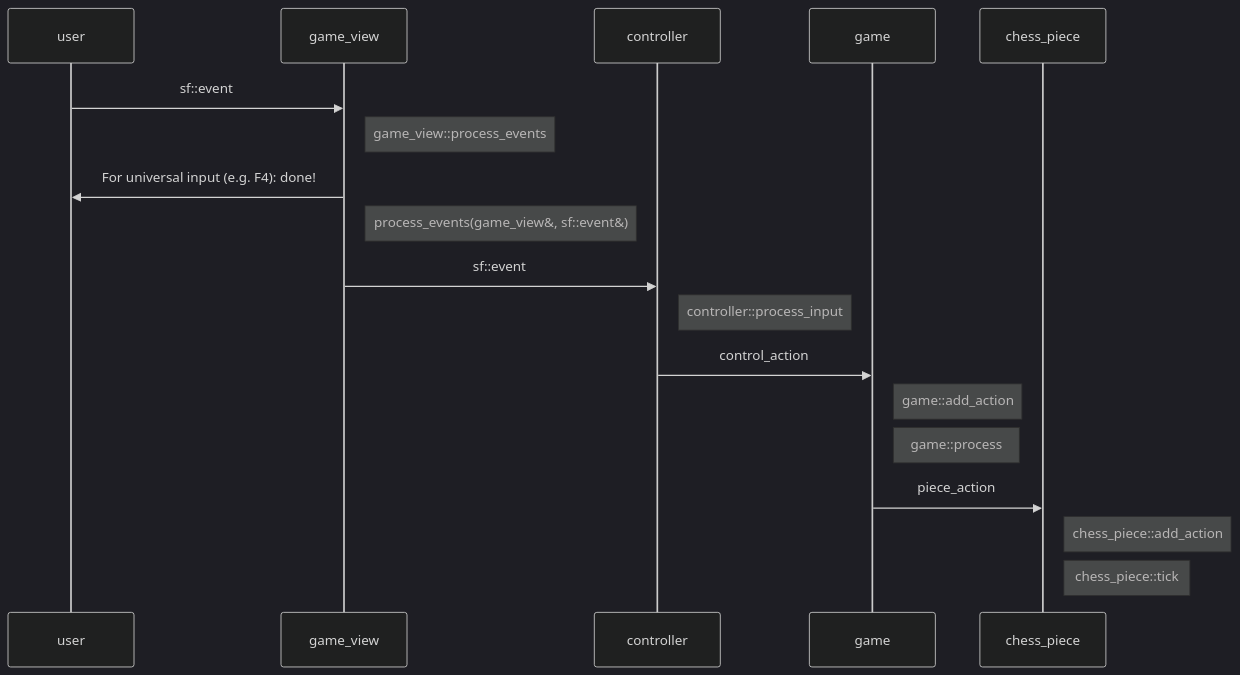
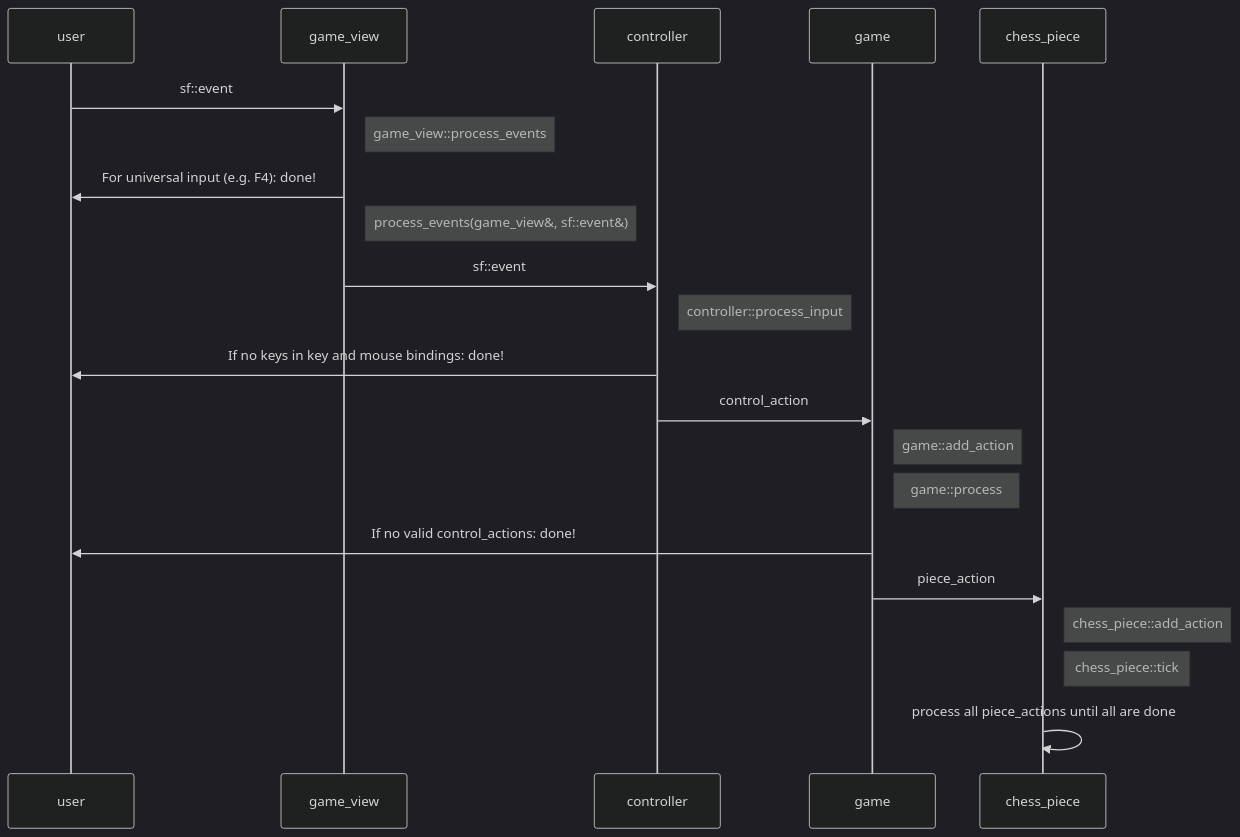
The diagram in architecture.md (richelbilderbeek/conquer_chess), drawn with Mermaid (dark theme) before and after one commit. The commit also changed other lines of this file, not shown here.

Commit message:
Fix mermaid diagram

````diff
--- a/architecture.md
+++ b/architecture.md
@@ -7,20 +5,23 @@
 ```mermaid
 sequenceDiagram
     participant user
     participant game_view
     participant controller
     participant game
     participant chess_piece
     user->>game_view: sf::event
     Note right of game_view: game_view::process_events
     game_view->>user: For universal input (e.g. F4): done!
     Note right of game_view: process_events(game_view&, sf::event&)
     game_view->>controller: sf::event
     Note right of controller: controller::process_input
+    controller->>user: If no keys in key and mouse bindings: done!
     controller->>game: control_action
     Note right of game: game::add_action
     Note right of game: game::process
+    game->>user: If no valid control_actions: done!
     game->>chess_piece: piece_action
     Note right of chess_piece: chess_piece::add_action
     Note right of chess_piece: chess_piece::tick
+    chess_piece->>chess_piece: process all piece_actions until all are done
 ```
````
